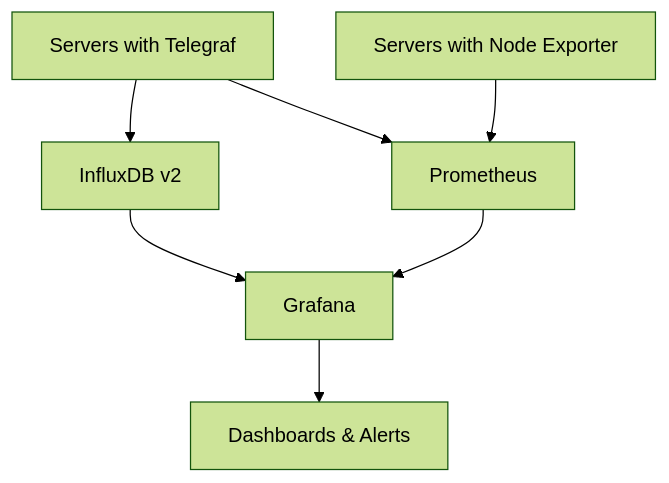
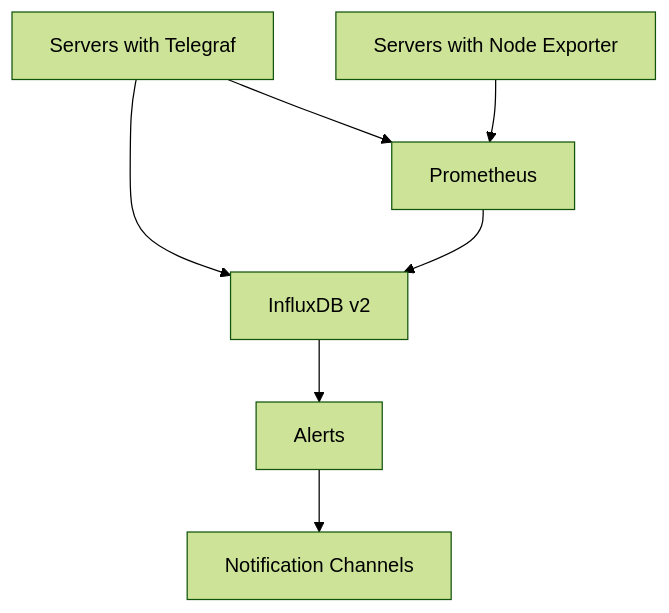
One commit to carmencas/ansible-mon-stack changed the diagram in README.md. Above: the diagram before and after it, drawn with Mermaid (forest theme). The commit also changed other lines of this file and 52 other files, not shown here.

````diff
--- a/README.md
+++ b/README.md
@@ -18,9 +19,9 @@
 ```mermaid
 graph TD
     A[Servers with Telegraf] --> B[InfluxDB v2]
     C[Servers with Node Exporter] --> D[Prometheus]
     A --> D
-    B --> E[Grafana]
-    D --> E
-    E --> F[Dashboards & Alerts]
+    D --> B
+    B --> E[Alerts]
+    E --> F[Notification Channels]
 ```
````
